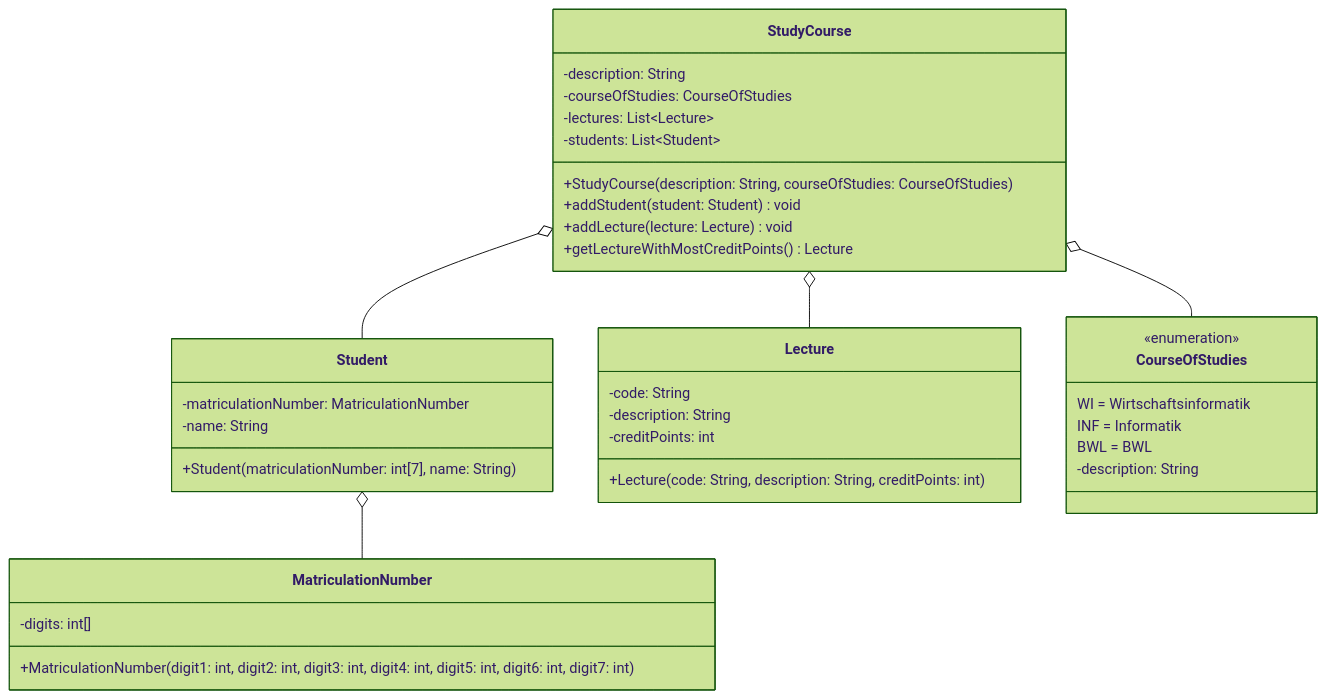
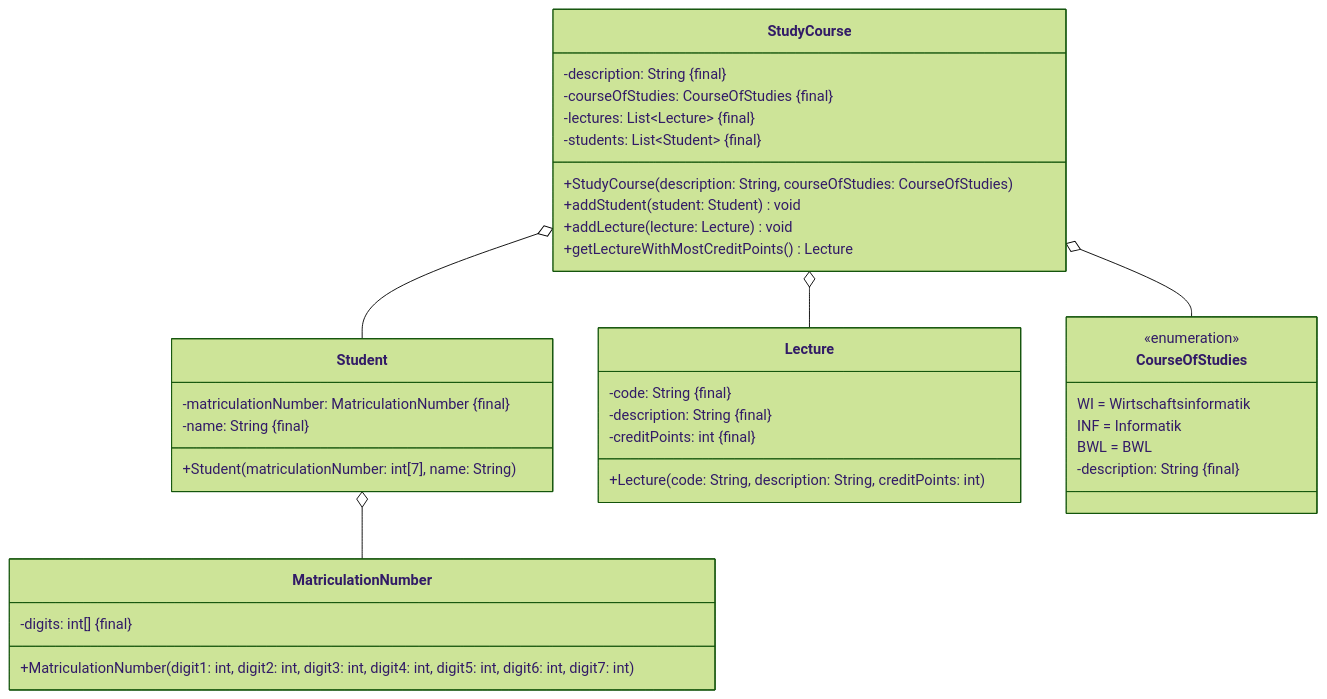
Before and after one commit to jappuccini/java-docs: the diagram in docs/exam-exercises/exam-exercises-java1/student-course.md, drawn with Mermaid (forest theme). The commit also changed 24 other files, not shown here.

````diff
--- a/docs/exam-exercises/exam-exercises-java1/student-course.md
+++ b/docs/exam-exercises/exam-exercises-java1/student-course.md
@@ -12,44 +12,44 @@
 ```mermaid
 classDiagram
     StudyCourse o-- Student
     StudyCourse o-- Lecture
     StudyCourse o-- CourseOfStudies
     Student o-- MatriculationNumber
 
     class MatriculationNumber {
-        -digits: int[]
+        -digits: int[] &#123final&#125
         +MatriculationNumber(digit1: int, digit2: int, digit3: int, digit4: int, digit5: int, digit6: int, digit7: int)
     }
 
     class Student {
-        -matriculationNumber: MatriculationNumber
-        -name: String
+        -matriculationNumber: MatriculationNumber &#123final&#125
+        -name: String &#123final&#125
         +Student(matriculationNumber: int[7], name: String)
     }
 
     class Lecture {
-        -code: String
-        -description: String
-        -creditPoints: int
+        -code: String &#123final&#125
+        -description: String &#123final&#125
+        -creditPoints: int &#123final&#125
         +Lecture(code: String, description: String, creditPoints: int)
     }
 
     class StudyCourse {
-        -description: String
-        -courseOfStudies: CourseOfStudies
-        -lectures: List~Lecture~
-        -students: List~Student~
+        -description: String &#123final&#125
+        -courseOfStudies: CourseOfStudies &#123final&#125
+        -lectures: List~Lecture~ &#123final&#125
+        -students: List~Student~ &#123final&#125
         +StudyCourse(description: String, courseOfStudies: CourseOfStudies)
         +addStudent(student: Student) void
         +addLecture(lecture: Lecture) void
         +getLectureWithMostCreditPoints() Lecture
     }
 
     class CourseOfStudies {
         <<enumeration>>
         WI = Wirtschaftsinformatik
         INF = Informatik
         BWL = BWL
-        -description: String
+        -description: String &#123final&#125
     }
 ```
````
